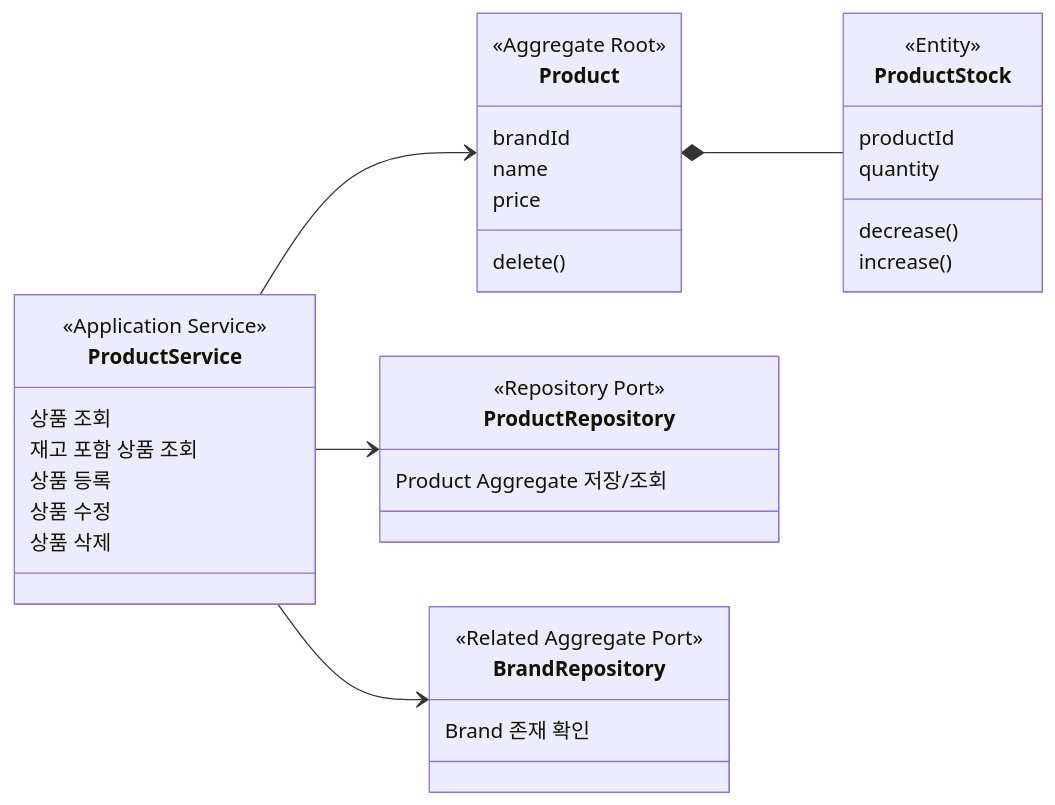
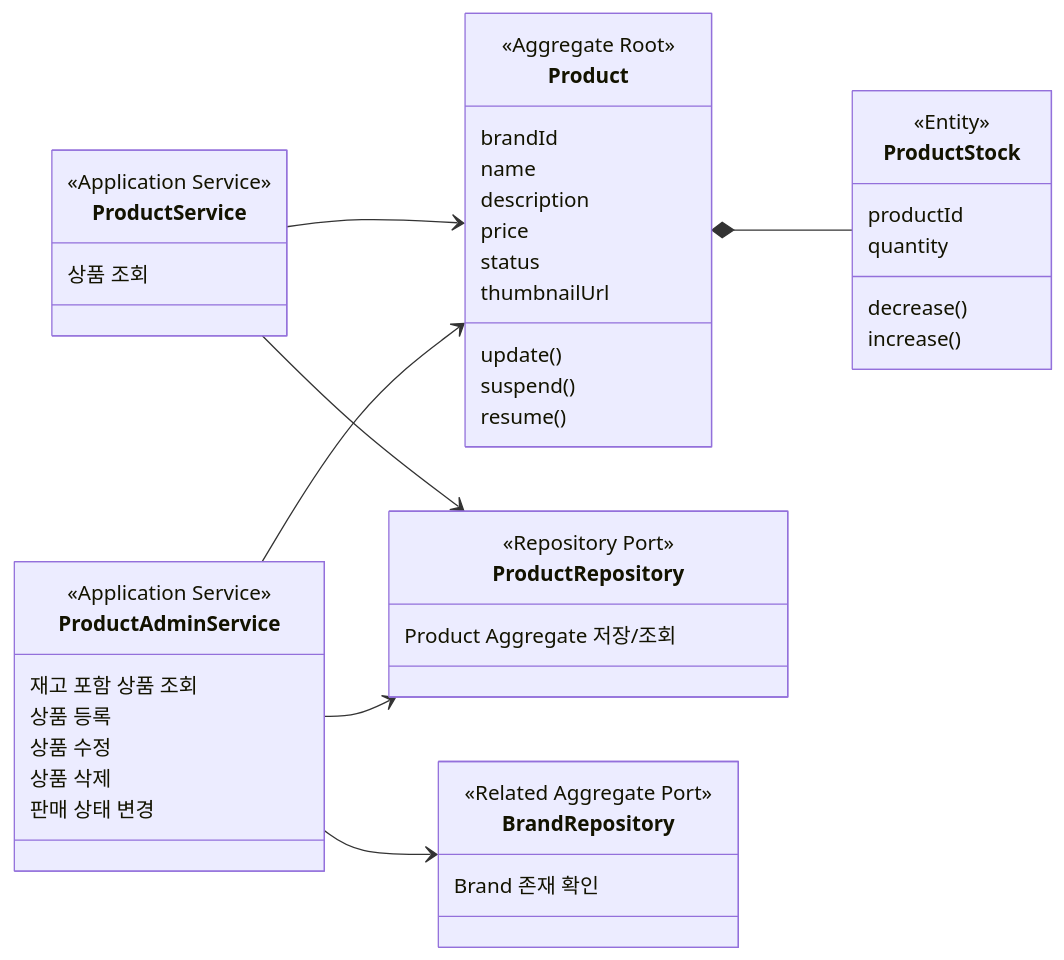
Before and after one commit to loopers-labs/loop-pack-be-l2-vol4-java: the third of 5 diagrams in docs/week2/03-class-diagram.md, drawn with Mermaid. The commit also changed other lines of this file and 3 other files, not shown here.

````diff
--- a/docs/week2/03-class-diagram.md
+++ b/docs/week2/03-class-diagram.md
@@ -156,44 +161,56 @@
 ```mermaid
 classDiagram
     direction LR
 
     class Product {
         <<Aggregate Root>>
         brandId
         name
+        description
         price
-        delete()
+        status
+        thumbnailUrl
+        update()
+        suspend()
+        resume()
     }
 
     class ProductStock {
         <<Entity>>
         productId
         quantity
         decrease()
         increase()
     }
 
     class ProductRepository {
         <<Repository Port>>
         Product Aggregate 저장/조회
     }
 
     class BrandRepository {
         <<Related Aggregate Port>>
         Brand 존재 확인
     }
 
     class ProductService {
         <<Application Service>>
         상품 조회
+    }
+
+    class ProductAdminService {
+        <<Application Service>>
         재고 포함 상품 조회
         상품 등록
         상품 수정
         상품 삭제
+        판매 상태 변경
     }
 
     Product *-- ProductStock
     ProductService --> ProductRepository
-    ProductService --> BrandRepository
     ProductService --> Product
+    ProductAdminService --> ProductRepository
+    ProductAdminService --> BrandRepository
+    ProductAdminService --> Product
 ```
````
